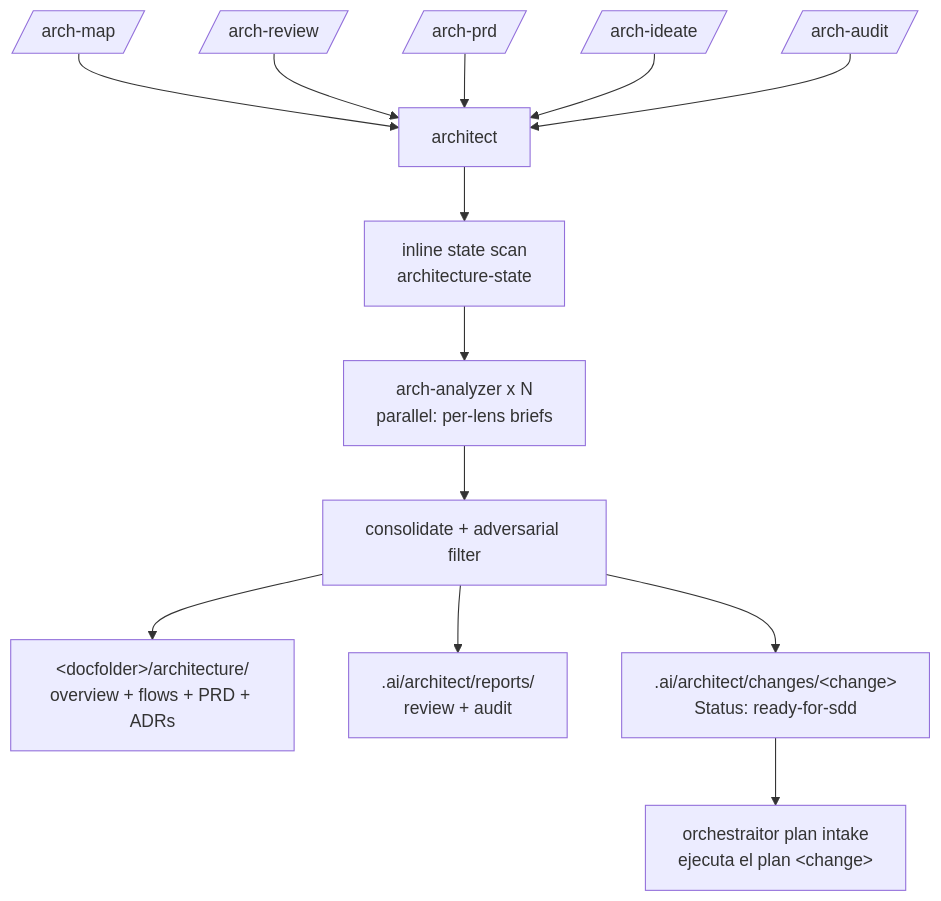
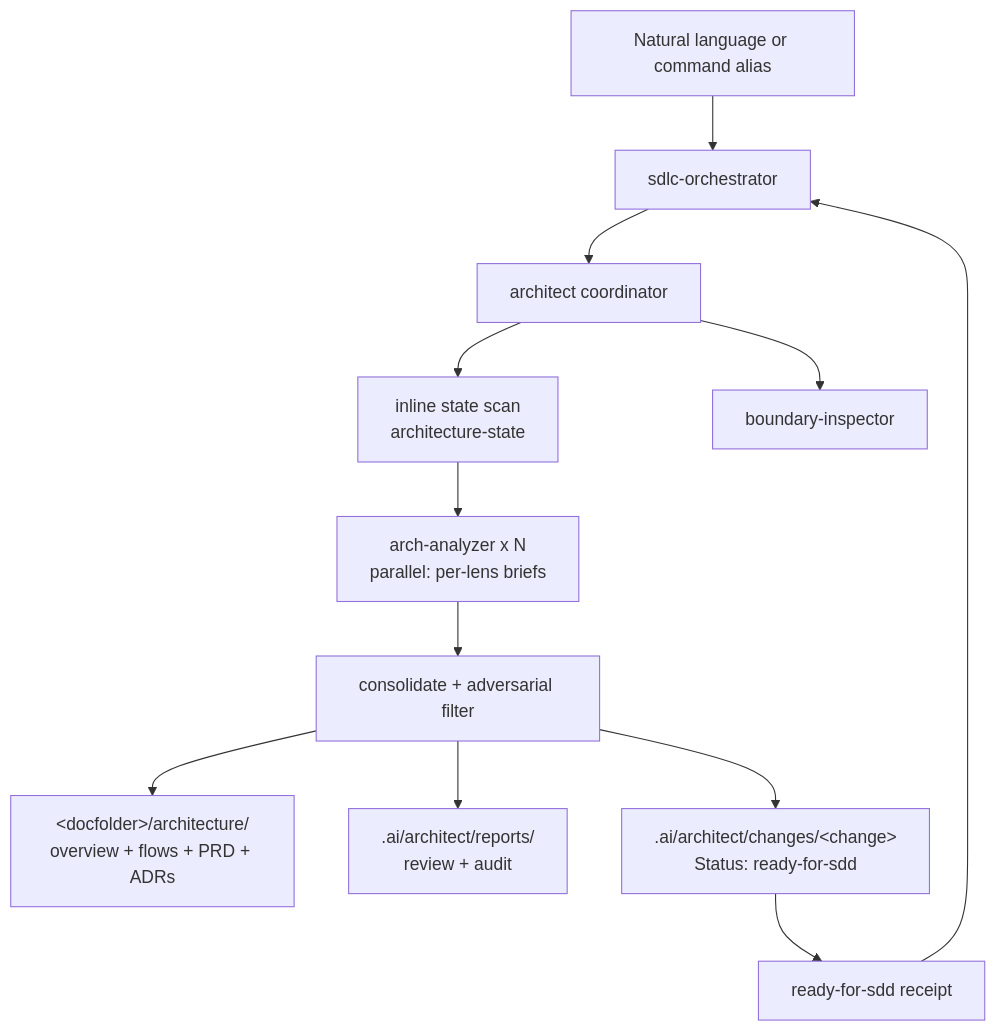
Before and after one commit to andresnator/agents-orchestrator: the diagram in domains/architecture/README.md, drawn with Mermaid. The commit also changed other lines of this file and 8 other files, not shown here.

Commit message:
feat(architecture): route operations through coordinator

````diff
--- a/domains/architecture/README.md
+++ b/domains/architecture/README.md
@@ -43,15 +43,14 @@
 ```mermaid
 graph TD
-  map[/arch-map/] --> architect[architect]
-  review[/arch-review/] --> architect
-  prd[/arch-prd/] --> architect
-  ideate[/arch-ideate/] --> architect
-  audit[/arch-audit/] --> architect
+  user["Natural language or command alias"] --> sdlc[sdlc-orchestrator]
+  sdlc --> architect[architect coordinator]
   architect --> state[inline state scan<br/>architecture-state]
   state --> fanout[arch-analyzer x N<br/>parallel: per-lens briefs]
+  architect --> boundary[boundary-inspector]
   fanout --> consolidate[consolidate + adversarial filter]
   consolidate --> docfolder["&lt;docfolder&gt;/architecture/<br/>overview + flows + PRD + ADRs"]
   consolidate --> reports[".ai/architect/reports/<br/>review + audit"]
   consolidate --> bundle[".ai/architect/changes/&lt;change&gt;<br/>Status: ready-for-sdd"]
-  bundle --> adopt[orchestraitor plan intake<br/>ejecuta el plan &lt;change&gt;]
+  bundle --> receipt[ready-for-sdd receipt]
+  receipt --> sdlc
 ```
````
